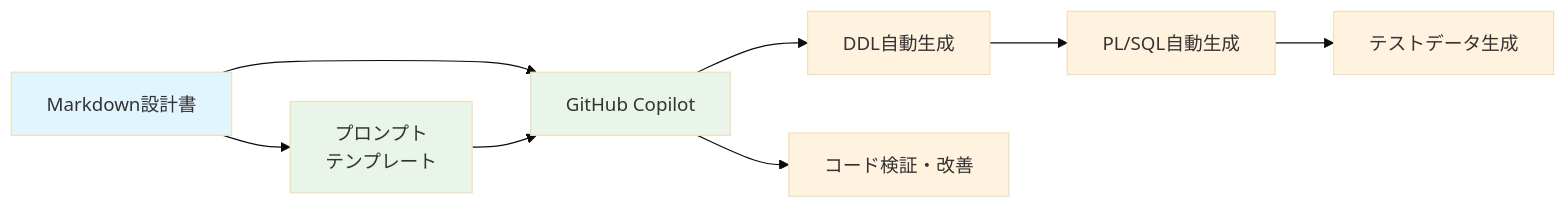
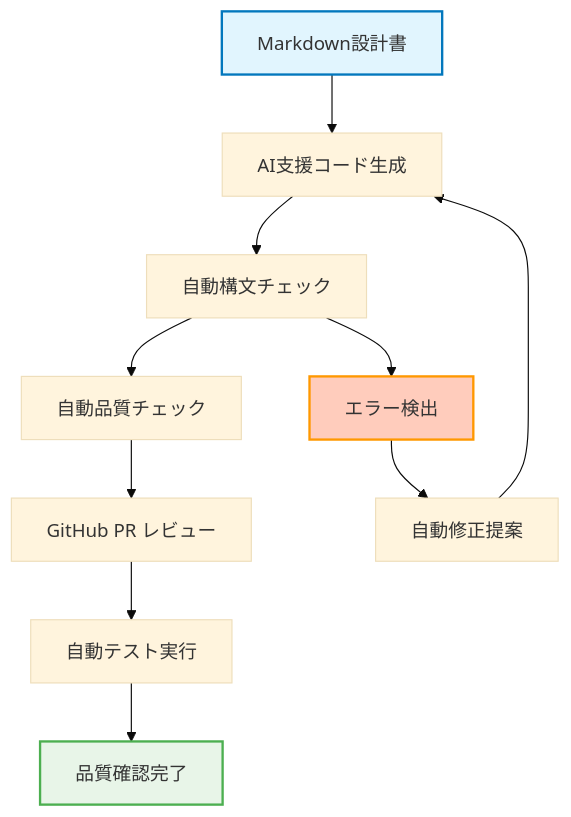
The fifth of 8 diagrams in database-design-approach.md (shiota-yotaro/hibiki-pj-sample-design), drawn with Mermaid (base theme) before and after one commit. The commit also changed other lines of this file, not shown here.

````diff
--- a/database-design-approach.md
+++ b/database-design-approach.md
@@ -46,19 +193,17 @@
 ```mermaid
-flowchart LR
-    A[Markdown設計書] --> B[GitHub Copilot]
-    B --> C[DDL自動生成]
-    C --> D[PL/SQL自動生成]
-    D --> E[テストデータ生成]
+flowchart TD
+    A[Markdown設計書] --> B[AI支援コード生成]
+    B --> C[自動構文チェック]
+    C --> D[自動品質チェック]
+    D --> E[GitHub PR レビュー]
+    E --> F[自動テスト実行]
+    F --> G[品質確認完了]
     
-    A --> F[プロンプト<br/>テンプレート]
-    F --> B
-    B --> G[コード検証・改善]
+    C --> H[エラー検出]
+    H --> I[自動修正提案]
+    I --> B
     
-    style A fill:#e1f5fe
-    style B fill:#e8f5e8
-    style C fill:#fff3e0
-    style D fill:#fff3e0
-    style E fill:#fff3e0
-    style F fill:#e8f5e8
-    style G fill:#fff3e0
+    style A fill:#e1f5fe,stroke:#0277bd,stroke-width:2px
+    style G fill:#e8f5e8,stroke:#4caf50,stroke-width:2px
+    style H fill:#ffccbc,stroke:#ff9800,stroke-width:2px
 ```
````
